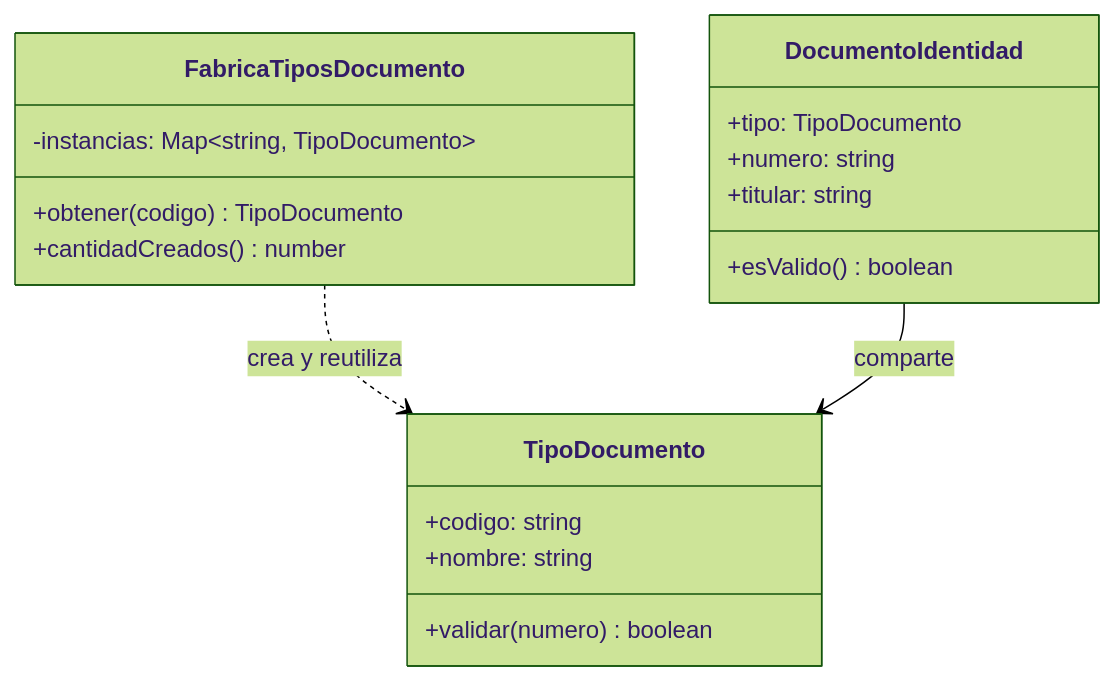
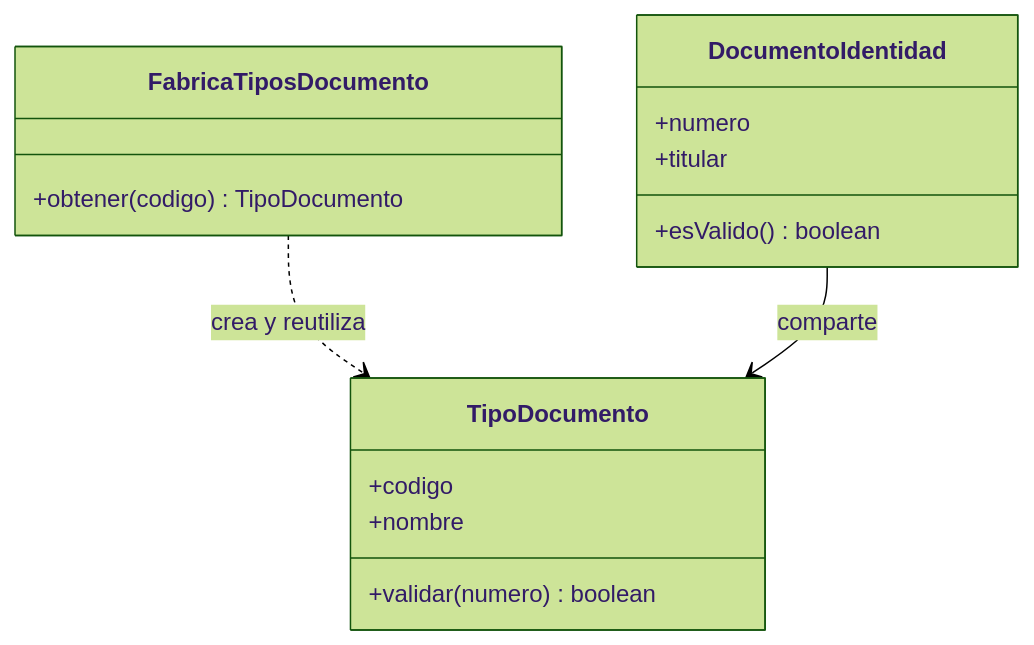
One commit to Jean0405/SistemaGestionDigital changed the sixth of 10 diagrams in README.md. Above: the diagram before and after it, drawn with Mermaid (forest theme). The commit also changed other lines of this file and 18 other files, not shown here.

````diff
--- a/README.md
+++ b/README.md
@@ -1330,22 +346,18 @@
 ```mermaid
 classDiagram
     class TipoDocumento {
-        +codigo: string
-        +nombre: string
+        +codigo
+        +nombre
         +validar(numero) boolean
     }
     class FabricaTiposDocumento {
-        -instancias: Map~string, TipoDocumento~
         +obtener(codigo) TipoDocumento
-        +cantidadCreados() number
     }
     class DocumentoIdentidad {
-        +tipo: TipoDocumento
-        +numero: string
-        +titular: string
+        +numero
+        +titular
         +esValido() boolean
     }
-
     FabricaTiposDocumento ..> TipoDocumento : crea y reutiliza
     DocumentoIdentidad --> TipoDocumento : comparte
 ```
````
